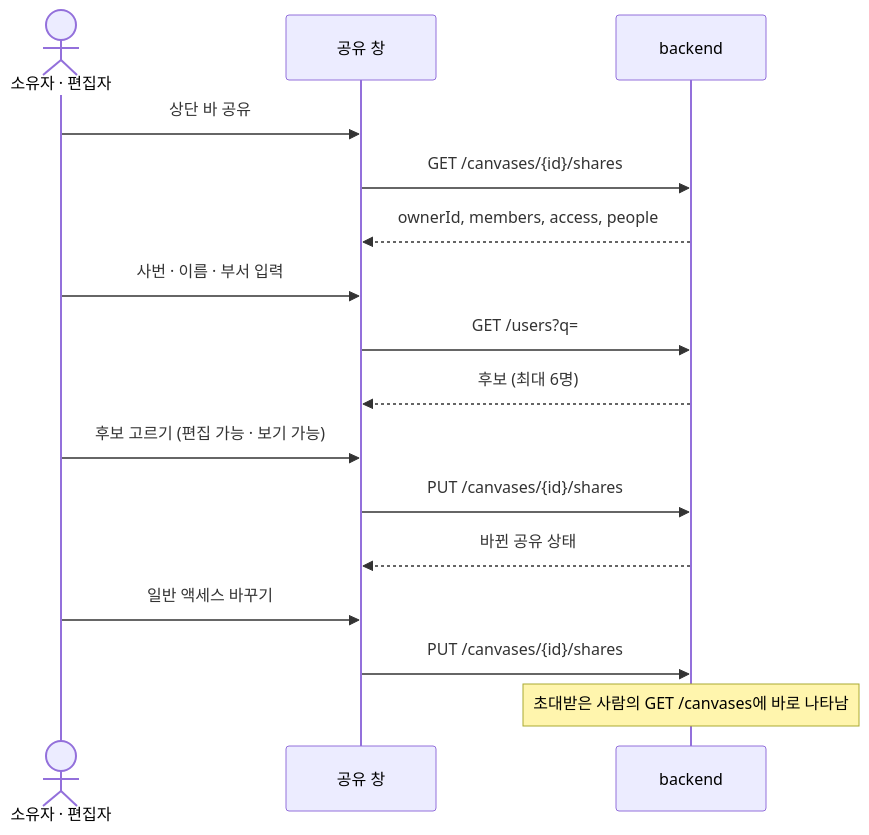
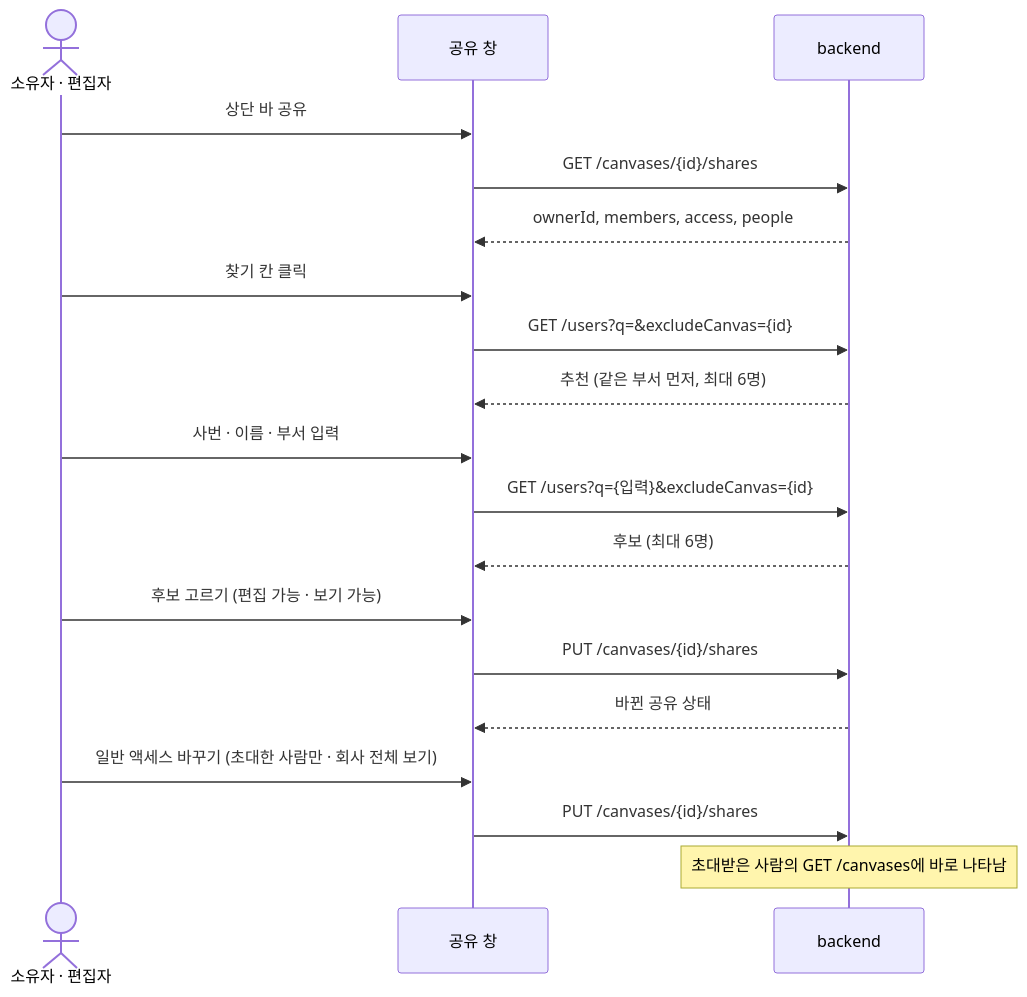
The third of 7 diagrams in docs/frontend/api-diagram.md (vamos-team/telescope), drawn with Mermaid before and after one commit. The commit also changed other lines of this file and 14 other files, not shown here.

````diff
--- a/docs/frontend/api-diagram.md
+++ b/docs/frontend/api-diagram.md
@@ -80,19 +81,22 @@
 ```mermaid
 sequenceDiagram
   actor U as 소유자 · 편집자
   participant F as 공유 창
   participant B as backend
 
   U->>F: 상단 바 공유
   F->>B: GET /canvases/{id}/shares
   B-->>F: ownerId, members, access, people
+  U->>F: 찾기 칸 클릭
+  F->>B: GET /users?q=&excludeCanvas={id}
+  B-->>F: 추천 (같은 부서 먼저, 최대 6명)
   U->>F: 사번 · 이름 · 부서 입력
-  F->>B: GET /users?q=
+  F->>B: GET /users?q={입력}&excludeCanvas={id}
   B-->>F: 후보 (최대 6명)
   U->>F: 후보 고르기 (편집 가능 · 보기 가능)
   F->>B: PUT /canvases/{id}/shares
   B-->>F: 바뀐 공유 상태
-  U->>F: 일반 액세스 바꾸기
+  U->>F: 일반 액세스 바꾸기 (초대한 사람만 · 회사 전체 보기)
   F->>B: PUT /canvases/{id}/shares
   Note over B: 초대받은 사람의 GET /canvases에 바로 나타남
 ```
````
